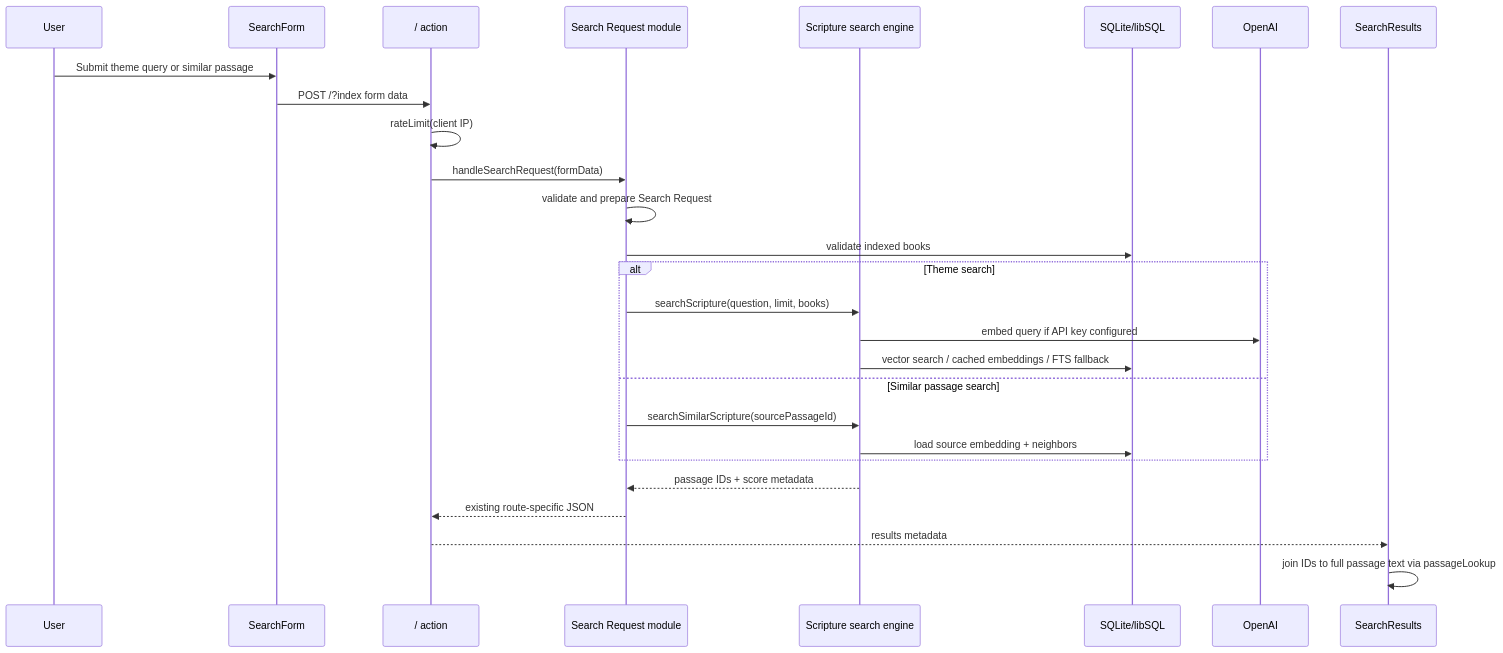
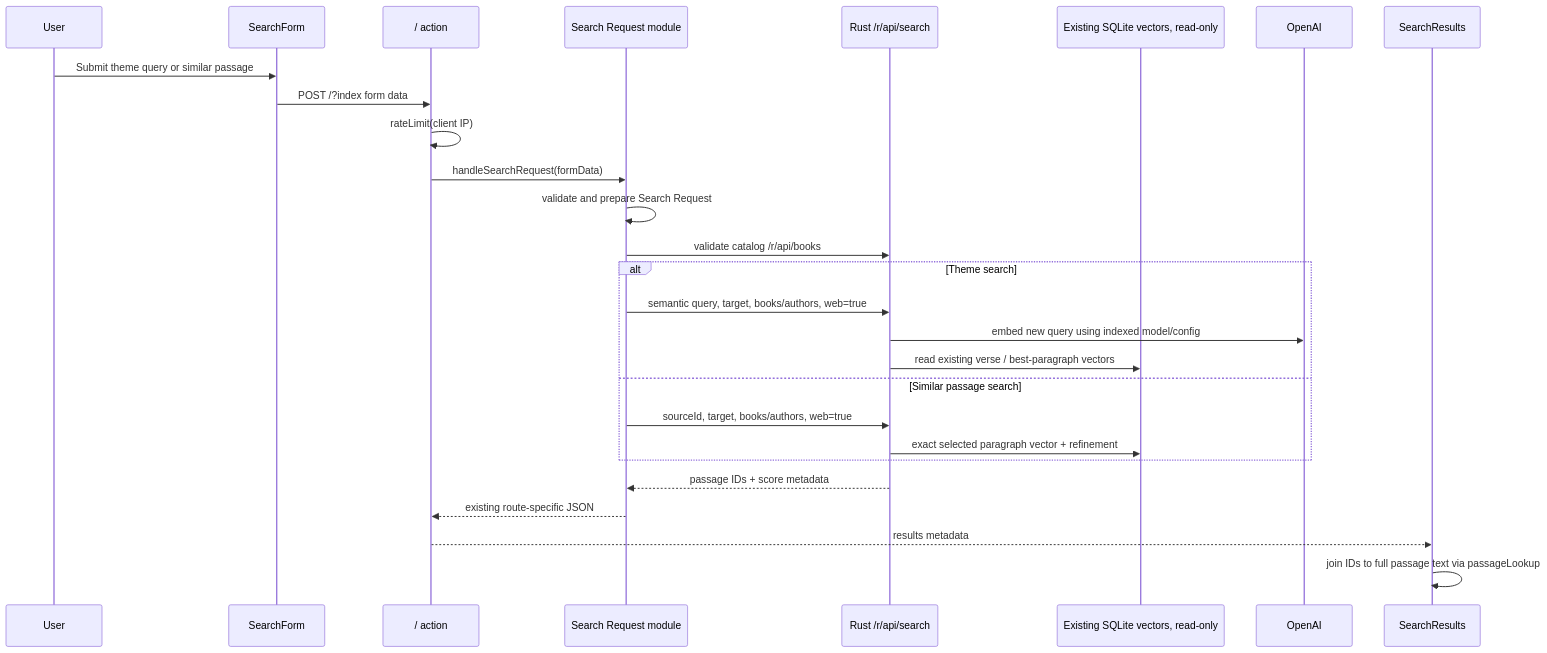
One commit to jacksonStone/cross-cannon changed the third of 5 diagrams in docs/architecture.md. Above: the diagram before and after it, drawn with Mermaid. The commit also changed other lines of this file and 24 other files, not shown here.

Commit message:
Route web search through Rust API and compare runtimes

````diff
--- a/docs/architecture.md
+++ b/docs/architecture.md
@@ -100,32 +100,32 @@
 ```mermaid
 sequenceDiagram
   participant User
   participant SearchForm
   participant IndexAction as / action
   participant SearchRequest as Search Request module
-  participant SearchEngine as Scripture search engine
-  participant DB as SQLite/libSQL
+  participant SearchEngine as Rust /r/api/search
+  participant DB as Existing SQLite vectors, read-only
   participant OpenAI
   participant UI as SearchResults
 
   User->>SearchForm: Submit theme query or similar passage
   SearchForm->>IndexAction: POST /?index form data
   IndexAction->>IndexAction: rateLimit(client IP)
   IndexAction->>SearchRequest: handleSearchRequest(formData)
   SearchRequest->>SearchRequest: validate and prepare Search Request
-  SearchRequest->>DB: validate indexed books
+  SearchRequest->>SearchEngine: validate catalog /r/api/books
 
   alt Theme search
-    SearchRequest->>SearchEngine: searchScripture(question, limit, books)
-    SearchEngine->>OpenAI: embed query if API key configured
-    SearchEngine->>DB: vector search / cached embeddings / FTS fallback
+    SearchRequest->>SearchEngine: semantic query, target, books/authors, web=true
+    SearchEngine->>OpenAI: embed new query using indexed model/config
+    SearchEngine->>DB: read existing verse / best-paragraph vectors
   else Similar passage search
-    SearchRequest->>SearchEngine: searchSimilarScripture(sourcePassageId)
-    SearchEngine->>DB: load source embedding + neighbors
+    SearchRequest->>SearchEngine: sourceId, target, books/authors, web=true
+    SearchEngine->>DB: exact selected paragraph vector + refinement
   end
 
   SearchEngine-->>SearchRequest: passage IDs + score metadata
   SearchRequest-->>IndexAction: existing route-specific JSON
   IndexAction-->>UI: results metadata
   UI->>UI: join IDs to full passage text via passageLookup
 ```
````
